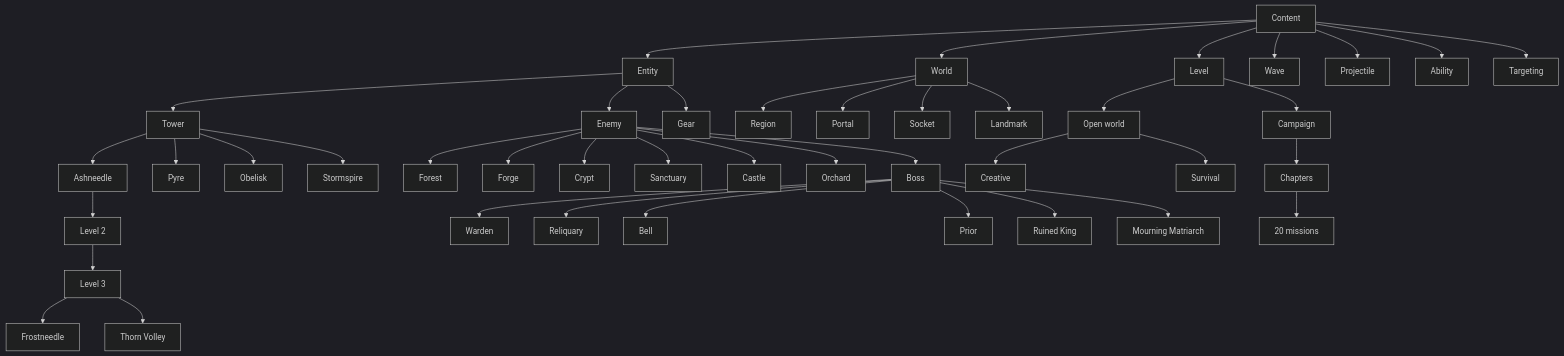
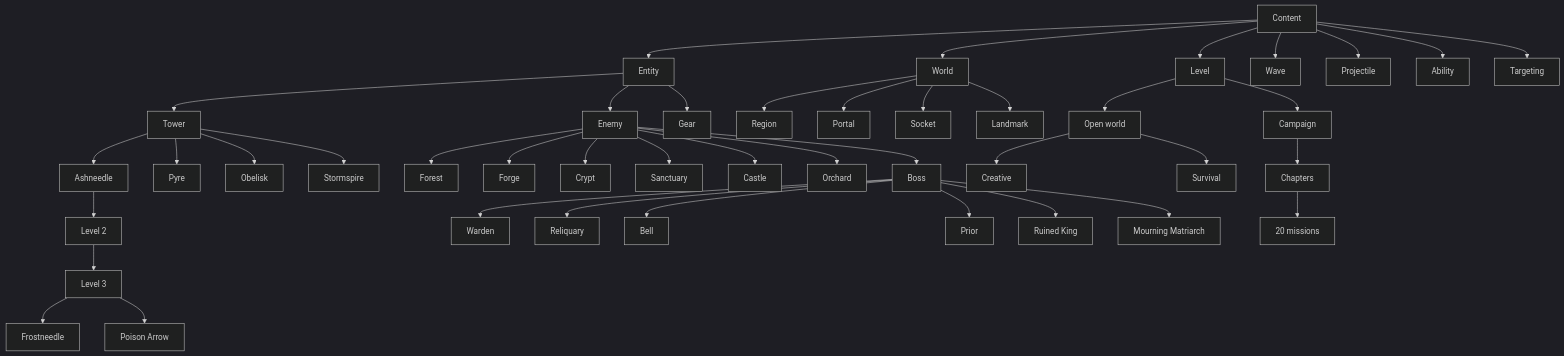
One commit to KAISERaustin/Hollow-Vigil changed the diagram in docs/NODE_SYSTEM.md. Above: the diagram before and after it, drawn with Mermaid (dark theme). The commit also changed other lines of this file and 90 other files, not shown here.

````diff
--- a/docs/NODE_SYSTEM.md
+++ b/docs/NODE_SYSTEM.md
@@ -7,44 +7,44 @@
 ```mermaid
 graph TD
     Content --> Entity
     Entity --> Tower
     Tower --> Ashneedle
     Tower --> Pyre
     Tower --> Obelisk
     Tower --> Stormspire
     Ashneedle --> Tier2[Level 2]
     Tier2 --> Tier3[Level 3]
     Tier3 --> Frostneedle
-    Tier3 --> ThornVolley[Thorn Volley]
+    Tier3 --> ThornVolley[Poison Arrow]
     Entity --> Enemy
     Enemy --> Forest
     Enemy --> Forge
     Enemy --> Crypt
     Enemy --> Sanctuary
     Enemy --> Castle
     Enemy --> Orchard
     Enemy --> Boss
     Boss --> Warden
     Boss --> Reliquary
     Boss --> Bell
     Boss --> Prior
     Boss --> RuinedKing[Ruined King]
     Boss --> MourningMatriarch[Mourning Matriarch]
     Entity --> Gear
     Content --> World
     World --> Region
     World --> Portal
     World --> Socket
     World --> Landmark
     Content --> Level
     Level --> OpenWorld[Open world]
     OpenWorld --> Creative
     OpenWorld --> Survival
     Level --> Campaign
     Campaign --> Chapters
     Chapters --> Missions[20 missions]
     Content --> Wave
     Content --> Projectile
     Content --> Ability
     Content --> Targeting
 ```
````
